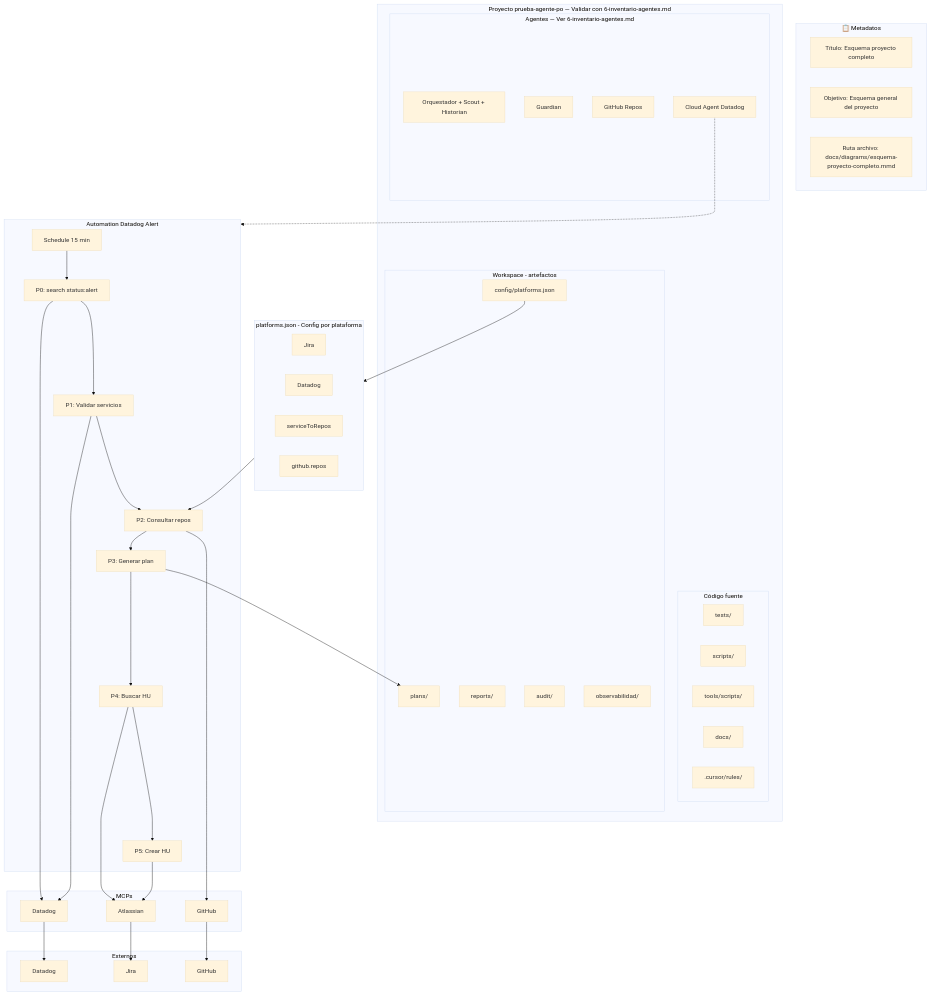
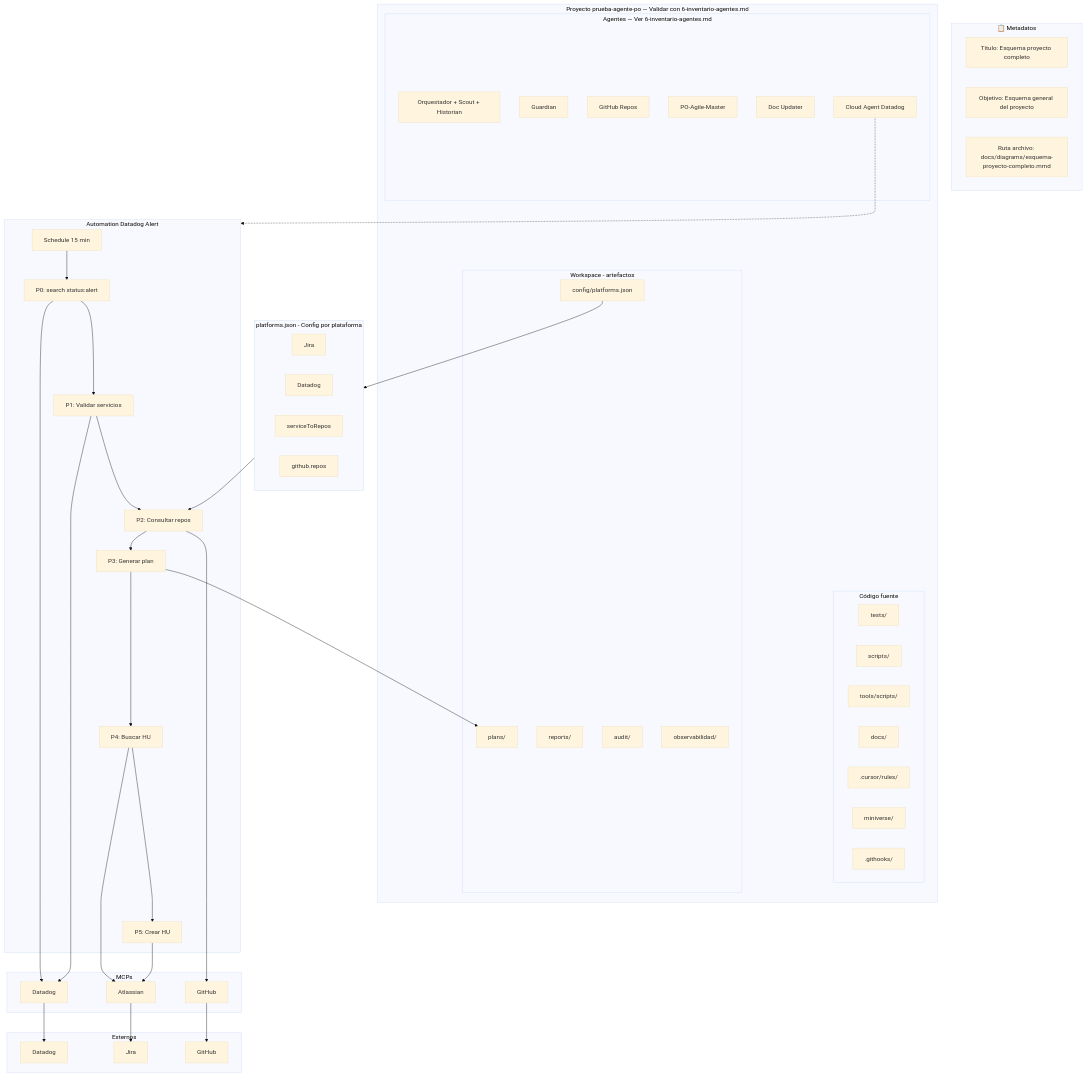
Before and after one commit to CARLOSPATINOVELEZ19/prueba-agente-po: the diagram in docs/diagrams/esquema-proyecto-completo.mmd, drawn with Mermaid (base theme). The commit also changed 20 other files, not shown here.

First line of the commit message:
feat: actualizar diagramas y script de regeneración HTML

```diff
--- a/docs/diagrams/esquema-proyecto-completo.mmd
+++ b/docs/diagrams/esquema-proyecto-completo.mmd
@@ -1,83 +1,87 @@
 flowchart TB
     subgraph metadata ["📋 Metadatos"]
         M1["Título: Esquema proyecto completo"]
         M2["Objetivo: Esquema general del proyecto"]
         M3["Ruta archivo: docs/diagrams/esquema-proyecto-completo.mmd"]
     end
 
     subgraph proyecto ["Proyecto prueba-agente-po — Validar con 6-inventario-agentes.md"]
         subgraph codigo ["Código fuente"]
             tests[tests/]
             scripts[scripts/]
             tools[tools/scripts/]
             docs[docs/]
             cursorRules[.cursor/rules/]
+            miniverse[miniverse/]
+            githooks[.githooks/]
         end
 
         subgraph workspace ["Workspace - artefactos"]
             platformsJson[config/platforms.json]
             plans[plans/]
             reports[reports/]
             audit[audit/]
             observabilidad[observabilidad/]
         end
 
         subgraph agentes ["Agentes — Ver 6-inventario-agentes.md"]
             ORQ[Orquestador + Scout + Historian]
             GUA[Guardian]
             GHR[GitHub Repos]
+            PO[PO-Agile-Master]
+            DOC[Doc Updater]
             CA[Cloud Agent Datadog]
         end
     end
 
     subgraph platformsConfig ["platforms.json - Config por plataforma"]
         jiraConfig[Jira]
         datadogConfig[Datadog]
         serviceToRepos[serviceToRepos]
         githubRepos[github.repos]
     end
 
     subgraph automation ["Automation Datadog Alert"]
         trigger[Schedule 15 min]
         p0[P0: search status:alert]
         p1[P1: Validar servicios]
         p2[P2: Consultar repos]
         p3[P3: Generar plan]
         p4[P4: Buscar HU]
         p5[P5: Crear HU]
     end
 
     subgraph mcps ["MCPs"]
         mcpDatadog[Datadog]
         mcpAtlassian[Atlassian]
         mcpGitHub[GitHub]
     end
 
     subgraph externos ["Externos"]
         datadog[Datadog]
         jira[Jira]
         github[GitHub]
     end
 
     platformsJson --> platformsConfig
     platformsConfig --> p2
 
     trigger --> p0
     p0 --> p1
     p1 --> p2
     p2 --> p3
     p3 --> p4
     p4 --> p5
 
     p0 --> mcpDatadog
     p1 --> mcpDatadog
     p2 --> mcpGitHub
     p4 --> mcpAtlassian
     p5 --> mcpAtlassian
 
     mcpDatadog --> datadog
     mcpAtlassian --> jira
     mcpGitHub --> github
 
     p3 --> plans
     CA -.-> automation
```
